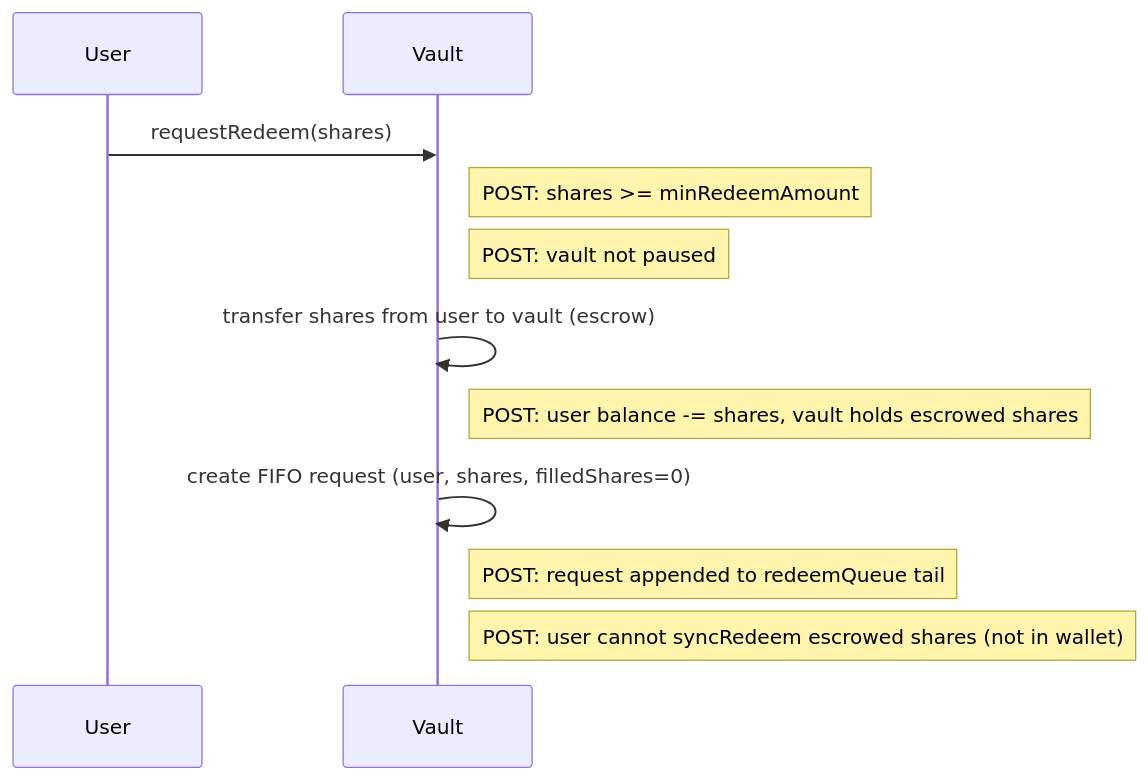
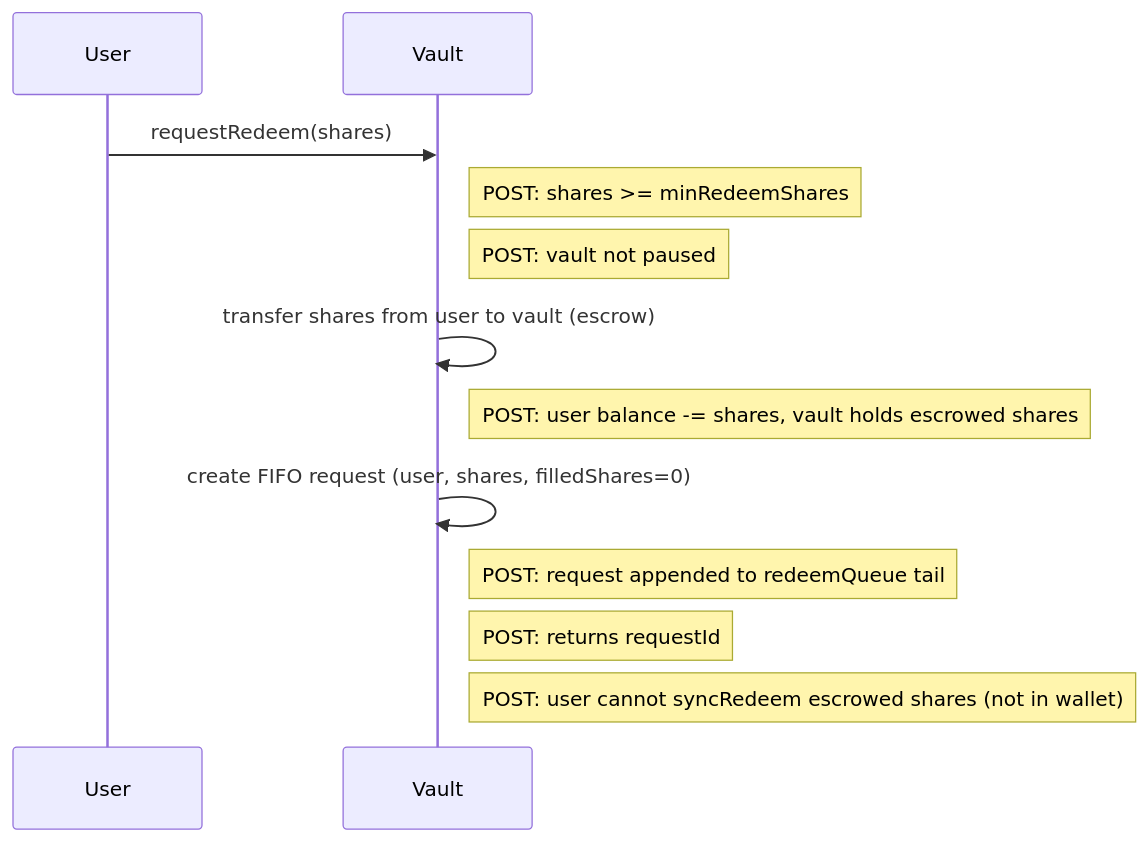
The third of 22 diagrams in docs/architecture/call-diagrams.md (evgenynacu/leverage-vaults), drawn with Mermaid before and after one commit. The commit also changed other lines of this file and 18 other files, not shown here.

````diff
--- a/docs/architecture/call-diagrams.md
+++ b/docs/architecture/call-diagrams.md
@@ -35,11 +36,12 @@
 ```mermaid
 sequenceDiagram
     User->>Vault: requestRedeem(shares)
-    note right of Vault: POST: shares >= minRedeemAmount
+    note right of Vault: POST: shares >= minRedeemShares
     note right of Vault: POST: vault not paused
     Vault->>Vault: transfer shares from user to vault (escrow)
     note right of Vault: POST: user balance -= shares, vault holds escrowed shares
     Vault->>Vault: create FIFO request (user, shares, filledShares=0)
     note right of Vault: POST: request appended to redeemQueue tail
+    note right of Vault: POST: returns requestId
     note right of Vault: POST: user cannot syncRedeem escrowed shares (not in wallet)
 ```
````
